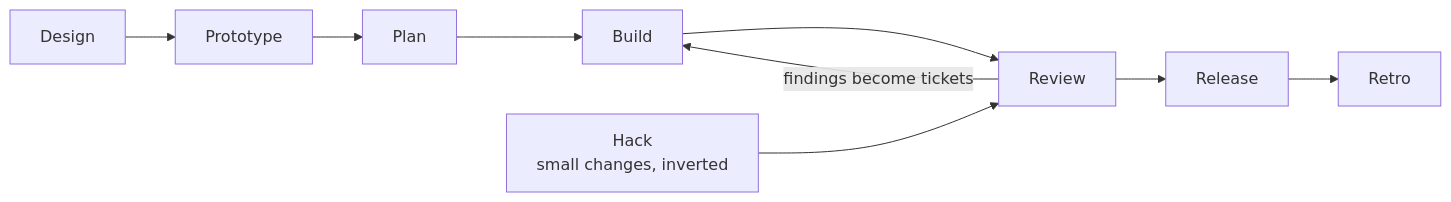
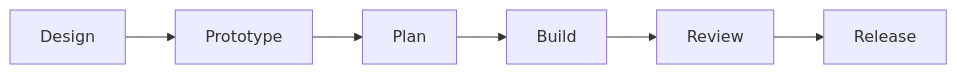
One commit to andrei512/devpage changed the diagram in docs/boxes/engineering/sdlc/README.md. Above: the diagram before and after it, drawn with Mermaid. The commit also changed other lines of this file and 20 other files, not shown here.

````diff
--- a/docs/boxes/engineering/sdlc/README.md
+++ b/docs/boxes/engineering/sdlc/README.md
@@ -12,19 +10,14 @@
 ```mermaid
 flowchart LR
   design["Design"] --> prototype["Prototype"]
   prototype --> plan["Plan"]
   plan --> build["Build"]
   build --> review["Review"]
-  review -->|"findings become tickets"| build
   review --> release["Release"]
-  release --> retro["Retro"]
-  hack["Hack<br/>small changes, inverted"] --> review
-  click design href "#design" "Design"
-  click prototype href "#prototype" "Prototype"
-  click plan href "#plan" "Plan"
-  click build href "#build" "Build"
-  click review href "#review" "Review"
-  click release href "#release" "Release"
-  click retro href "#retro" "Retro"
-  click hack href "#hack" "Hack"
+  click design href "./stages/README.md#design" "Design"
+  click prototype href "./stages/README.md#prototype" "Prototype"
+  click plan href "./stages/README.md#plan" "Plan"
+  click build href "./stages/README.md#build" "Build"
+  click review href "./stages/README.md#review" "Review"
+  click release href "./stages/README.md#release" "Release"
 ```
````
